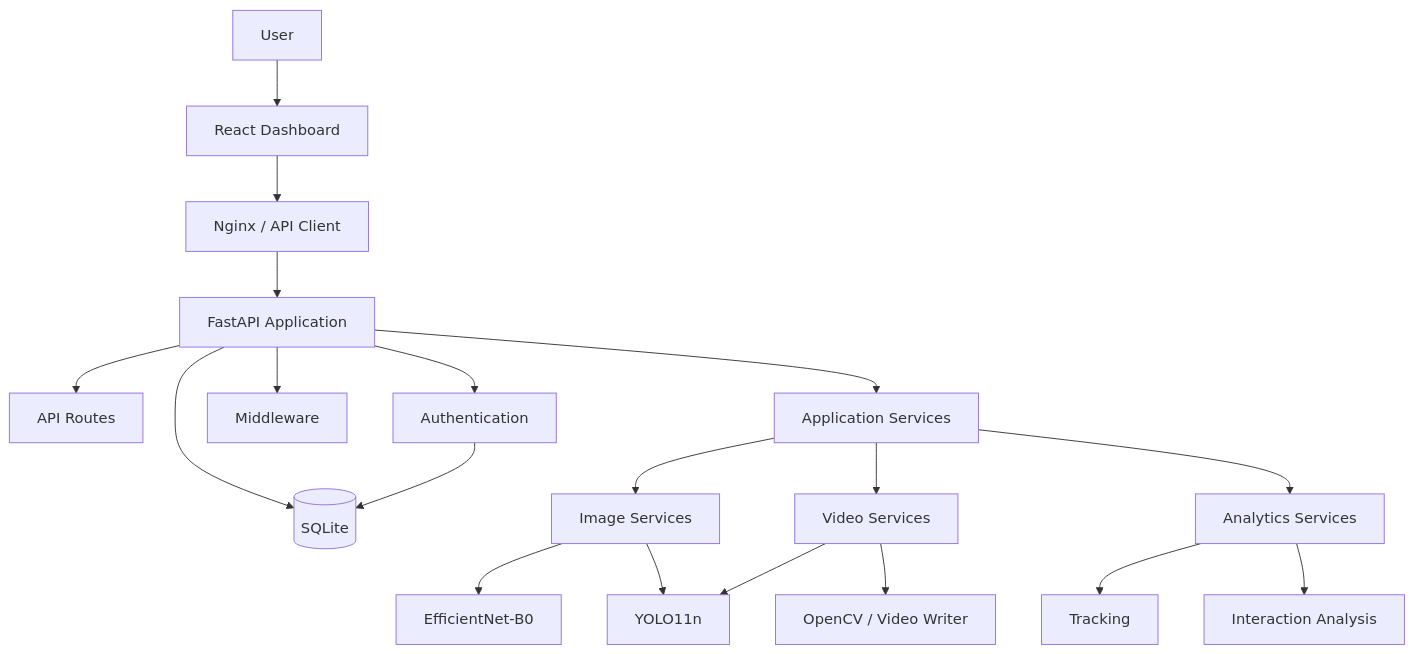
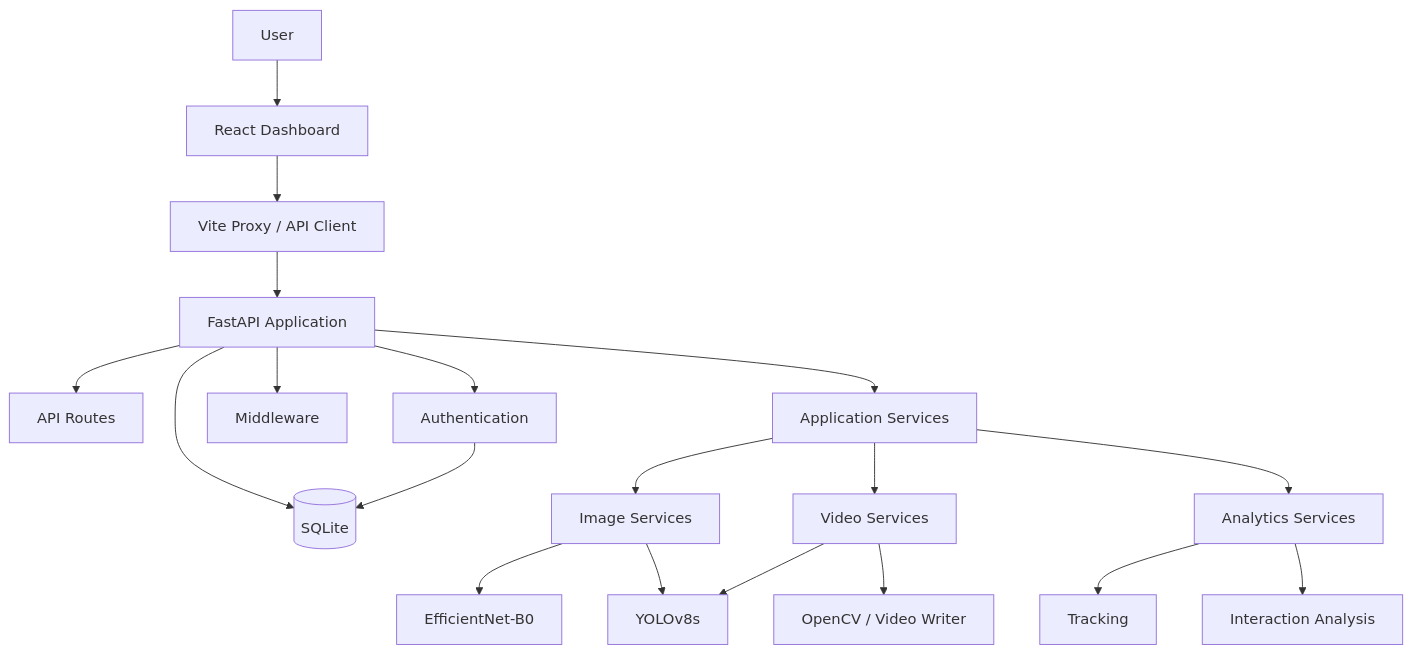
One commit to Debankumardas/AI-Visual-Intelligence-API changed the fourth of 5 diagrams in README.md. Above: the diagram before and after it, drawn with Mermaid. The commit also changed other lines of this file and 28 other files, not shown here.

````diff
--- a/README.md
+++ b/README.md
@@ -339,28 +338,28 @@
 ```mermaid
 flowchart TB
     U[User] --> F[React Dashboard]
 
-    F --> N[Nginx / API Client]
+    F --> N[Vite Proxy / API Client]
     N --> A[FastAPI Application]
 
     A --> R[API Routes]
     A --> AU[Authentication]
     A --> M[Middleware]
     A --> S[Application Services]
     A --> DB[(SQLite)]
 
     S --> I[Image Services]
     S --> V[Video Services]
     S --> AN[Analytics Services]
 
     I --> ML1[EfficientNet-B0]
-    I --> ML2[YOLO11n]
+    I --> ML2[YOLOv8s]
 
     V --> ML2
     V --> O[OpenCV / Video Writer]
 
     AN --> T[Tracking]
     AN --> IN[Interaction Analysis]
 
     AU --> DB
 ```
````
